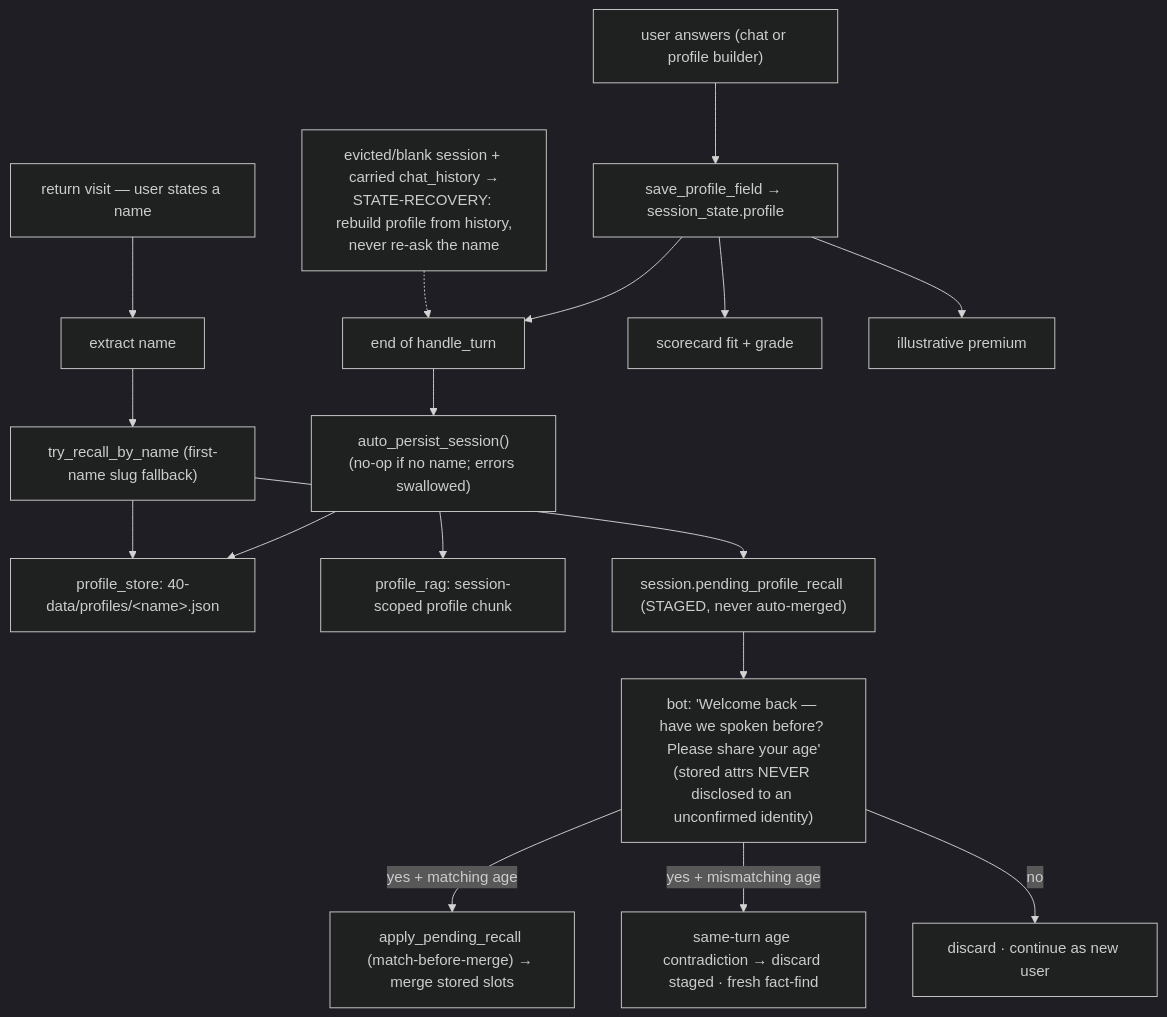
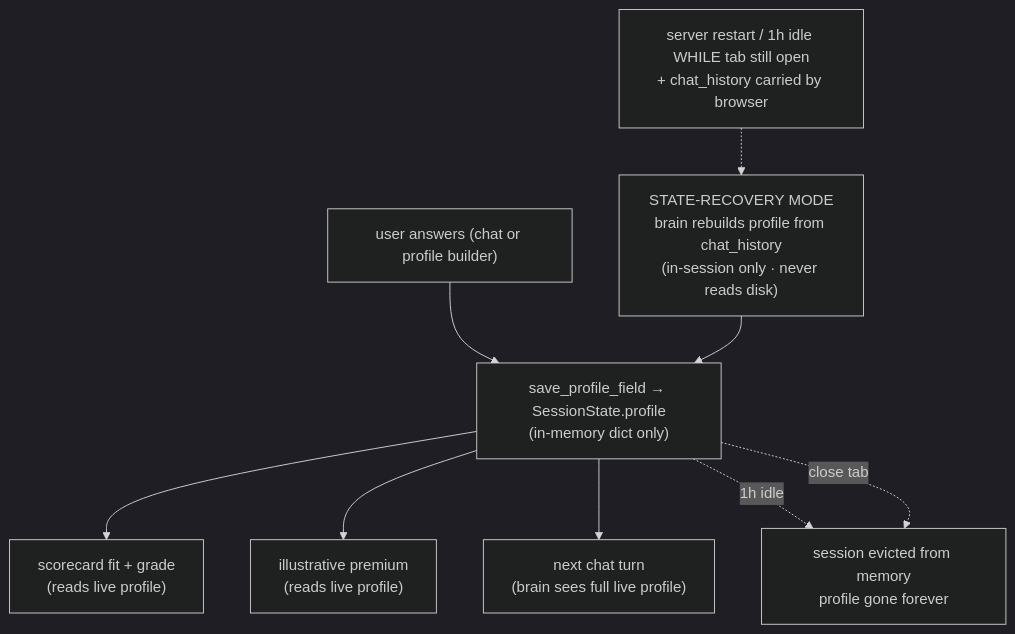
One commit to rohitsar567/insurance-sales-bot changed the sixth of 16 diagrams in README.md. Above: the diagram before and after it, drawn with Mermaid (dark theme). The commit also changed other lines of this file and 31 other files, not shown here.

First line of the commit message:
feat!: remove cross-session profile recall (ADR-043) — net −3700 LOC

````diff
--- a/README.md
+++ b/README.md
@@ -467,19 +456,11 @@
 ```mermaid
 flowchart TB
-    A["user answers (chat or profile builder)"] --> SPF["save_profile_field → session_state.profile"]
-    SPF --> ENDT["end of handle_turn"]
-    ENDT --> AP["auto_persist_session()<br/>(no-op if no name; errors swallowed)"]
-    AP --> DISK["profile_store: 40-data/profiles/&lt;name&gt;.json"]
-    AP --> EMB["profile_rag: session-scoped profile chunk"]
-    RV["return visit — user states a name"] --> EX["extract name"]
-    EX --> TR["try_recall_by_name (first-name slug fallback)"]
-    TR --> DISK
-    TR --> STAGE["session.pending_profile_recall (STAGED, never auto-merged)"]
-    STAGE --> ASK["bot: 'Welcome back — have we spoken before? Please share your age'<br/>(stored attrs NEVER disclosed to an unconfirmed identity)"]
-    ASK -->|"yes + matching age"| MERGE["apply_pending_recall (match-before-merge) → merge stored slots"]
-    ASK -->|"yes + mismatching age"| DROP["same-turn age contradiction → discard staged · fresh fact-find"]
-    ASK -->|"no"| FRESH["discard · continue as new user"]
-    SPF --> FIT["scorecard fit + grade"]
-    SPF --> PREM["illustrative premium"]
-    note1["evicted/blank session + carried chat_history →<br/>STATE-RECOVERY: rebuild profile from history,<br/>never re-ask the name"] -.-> ENDT
+    A["user answers (chat or profile builder)"] --> SPF["save_profile_field → SessionState.profile<br/>(in-memory dict only)"]
+    SPF --> FIT["scorecard fit + grade<br/>(reads live profile)"]
+    SPF --> PREM["illustrative premium<br/>(reads live profile)"]
+    SPF --> TURN["next chat turn<br/>(brain sees full live profile)"]
+    SPF -.->|"1h idle"| EVICT["session evicted from memory<br/>profile gone forever"]
+    SPF -.->|"close tab"| EVICT
+    RECOV["server restart / 1h idle WHILE tab still open<br/>+ chat_history carried by browser"] -.-> SR["STATE-RECOVERY MODE<br/>brain rebuilds profile from chat_history<br/>(in-session only · never reads disk)"]
+    SR --> SPF
 ```
````
